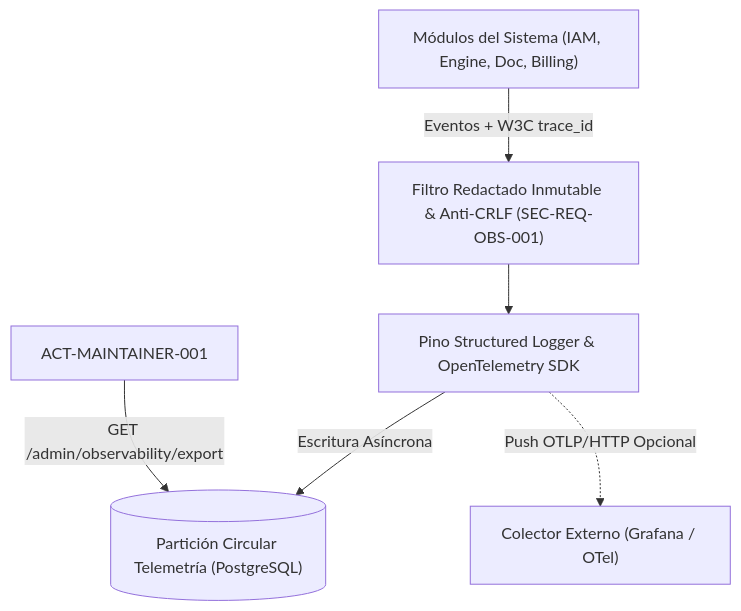
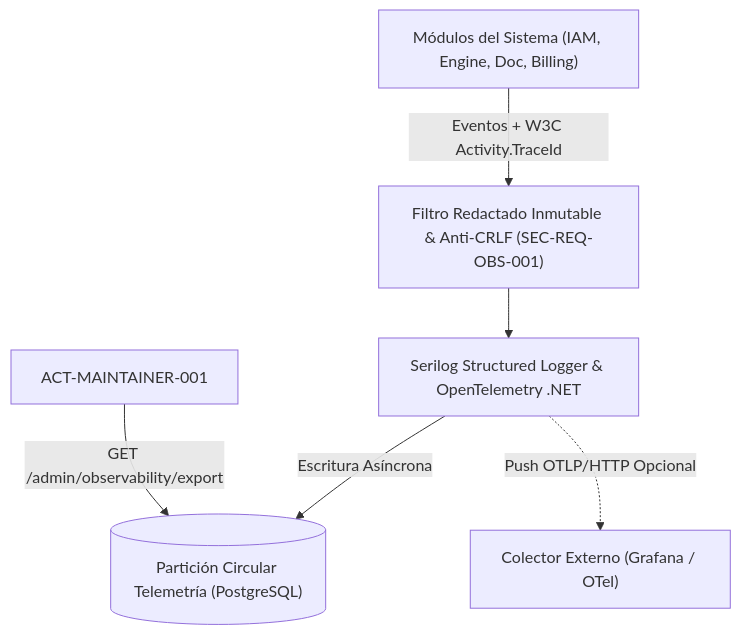
The diagram in specs/architecture/components/cmp-obs-telemetry-001.md (altromon/Escandallo), drawn with Mermaid before and after one commit. The commit also changed other lines of this file and 8263 other files, not shown here.

Commit message:
feat(release): complete Escandallo.Web UI, PostgreSQL 16 RLS schema, Docker deployment, and SDD integration (chg-001-escandallo-mvp)

````diff
--- a/specs/architecture/components/cmp-obs-telemetry-001.md
+++ b/specs/architecture/components/cmp-obs-telemetry-001.md
@@ -38,8 +50,8 @@
 ```mermaid
 graph TD
-    Modules["Módulos del Sistema (IAM, Engine, Doc, Billing)"] -->|Eventos + W3C trace_id| Redactor["Filtro Redactado Inmutable & Anti-CRLF (SEC-REQ-OBS-001)"]
-    Redactor --> Logger["Pino Structured Logger & OpenTelemetry SDK"]
+    Modules["Módulos del Sistema (IAM, Engine, Doc, Billing)"] -->|Eventos + W3C Activity.TraceId| Redactor["Filtro Redactado Inmutable & Anti-CRLF (SEC-REQ-OBS-001)"]
+    Redactor --> Logger["Serilog Structured Logger & OpenTelemetry .NET"]
     Logger -->|Escritura Asíncrona| ObsDB[("Partición Circular Telemetría (PostgreSQL)")]
     Logger -.->|Push OTLP/HTTP Opcional| ExtStack["Colector Externo (Grafana / OTel)"]
     Maintainer["ACT-MAINTAINER-001"] -->|GET /admin/observability/export| ObsDB
 ```
````
